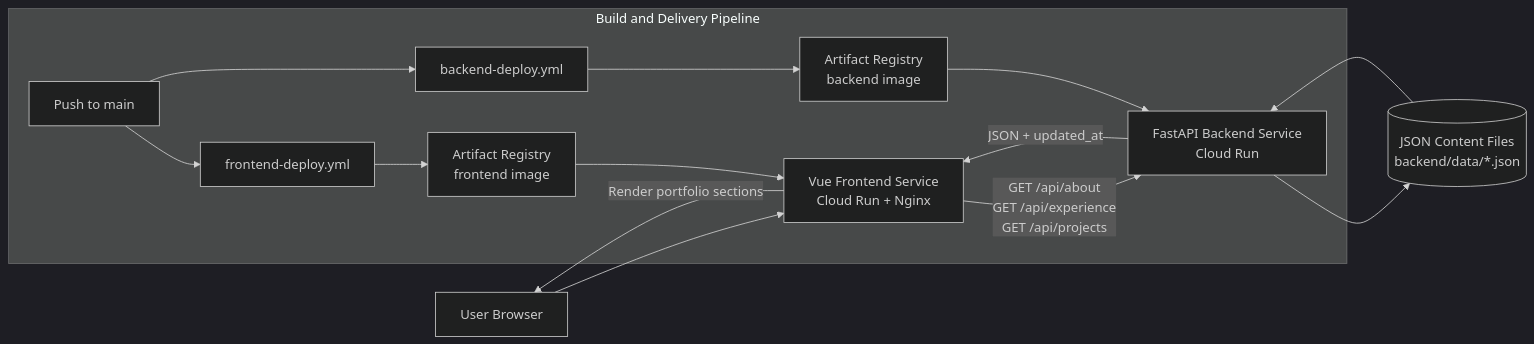
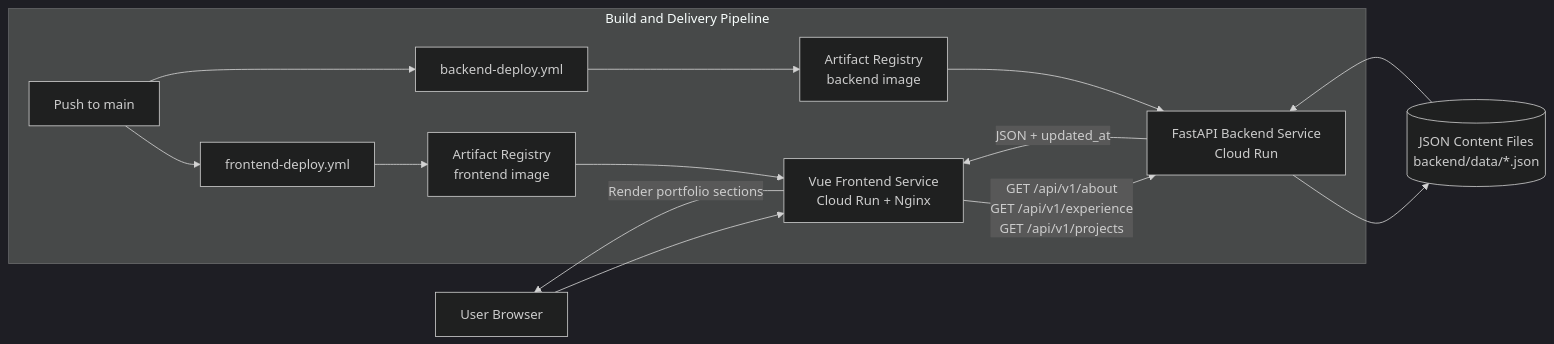
The diagram in SYSTEM_DESIGN.md (TsengYuanChe/PersonalWeb_FastAPI_Vue), drawn with Mermaid (dark theme) before and after one commit. The commit also changed other lines of this file and 16 other files, not shown here.

````diff
--- a/SYSTEM_DESIGN.md
+++ b/SYSTEM_DESIGN.md
@@ -40,18 +40,18 @@
 ```mermaid
 flowchart LR
     U[User Browser] --> FE[Vue Frontend Service\nCloud Run + Nginx]
-    FE -->|GET /api/about\nGET /api/experience\nGET /api/projects| BE[FastAPI Backend Service\nCloud Run]
+    FE -->|GET /api/v1/about\nGET /api/v1/experience\nGET /api/v1/projects| BE[FastAPI Backend Service\nCloud Run]
     BE --> DATA[(JSON Content Files\nbackend/data/*.json)]
     DATA --> BE
     BE -->|JSON + updated_at| FE
     FE -->|Render portfolio sections| U
 
     subgraph PIPELINE[Build and Delivery Pipeline]
       GIT[Push to main] --> W1[frontend-deploy.yml]
       GIT --> W2[backend-deploy.yml]
       W1 --> AR1[Artifact Registry\nfrontend image]
       W2 --> AR2[Artifact Registry\nbackend image]
       AR1 --> FE
       AR2 --> BE
     end
 ```
````
